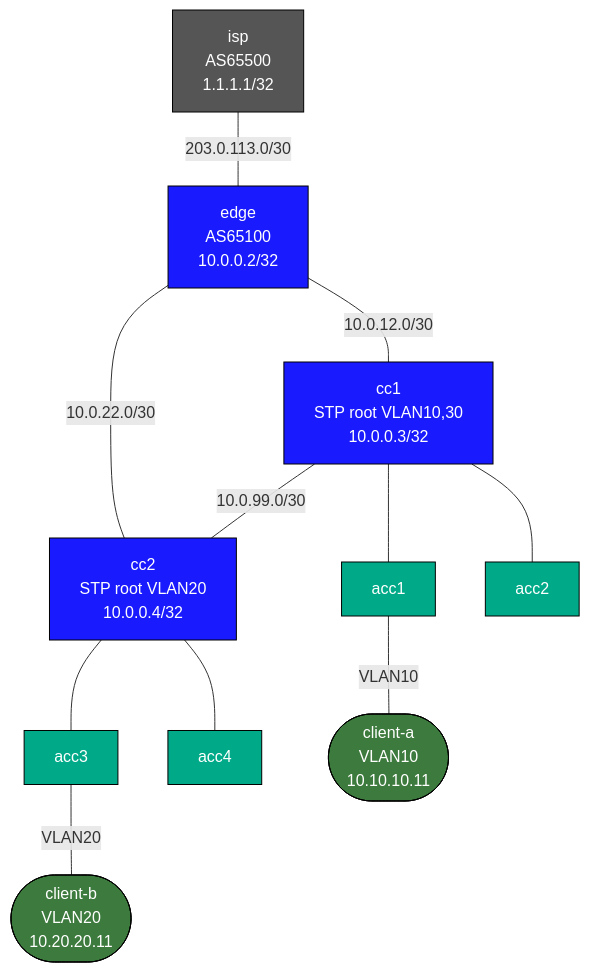
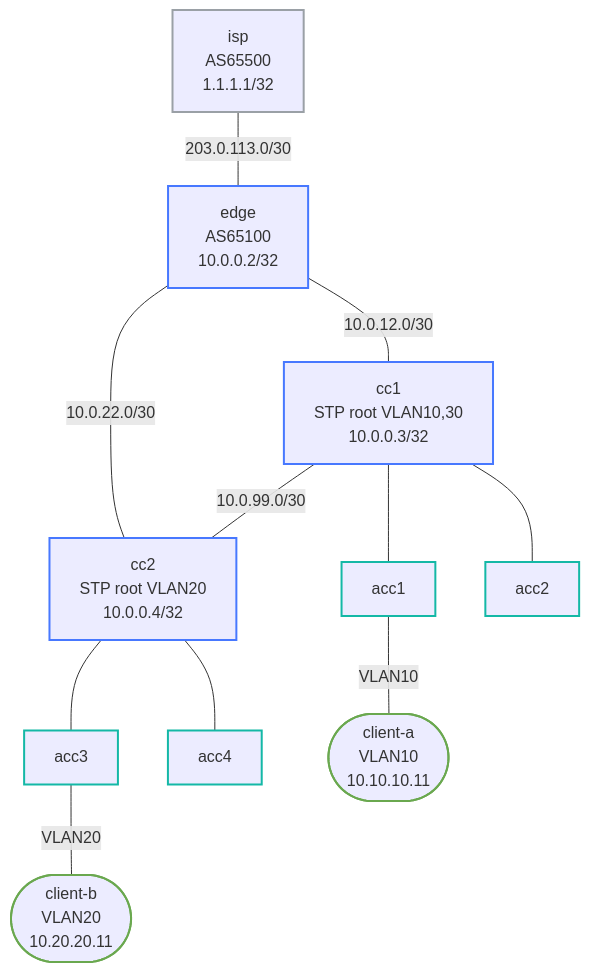
The diagram in labs/enterprise-collapsed-core-capstone/README.md (jschless/networkingLabs), drawn with Mermaid before and after one commit. The commit also changed 250 other files, not shown here.

Commit message:
Fix unreadable topology diagrams, convert ASCII art, publish assessments (#57)

````diff
--- a/labs/enterprise-collapsed-core-capstone/README.md
+++ b/labs/enterprise-collapsed-core-capstone/README.md
@@ -17,34 +17,34 @@
 ```mermaid
 flowchart TB
-    isp["isp\nAS65500\n1.1.1.1/32"]
-    edge["edge\nAS65100\n10.0.0.2/32"]
-    cc1["cc1\nSTP root VLAN10,30\n10.0.0.3/32"]
-    cc2["cc2\nSTP root VLAN20\n10.0.0.4/32"]
+    isp["isp<br/>AS65500<br/>1.1.1.1/32"]
+    edge["edge<br/>AS65100<br/>10.0.0.2/32"]
+    cc1["cc1<br/>STP root VLAN10,30<br/>10.0.0.3/32"]
+    cc2["cc2<br/>STP root VLAN20<br/>10.0.0.4/32"]
     acc1["acc1"]
     acc2["acc2"]
     acc3["acc3"]
     acc4["acc4"]
-    clienta(["client-a\nVLAN10\n10.10.10.11"])
-    clientb(["client-b\nVLAN20\n10.20.20.11"])
+    clienta(["client-a<br/>VLAN10<br/>10.10.10.11"])
+    clientb(["client-b<br/>VLAN20<br/>10.20.20.11"])
 
     isp -- "203.0.113.0/30" --- edge
     edge -- "10.0.12.0/30" --- cc1
     edge -- "10.0.22.0/30" --- cc2
     cc1 -- "10.0.99.0/30" --- cc2
     cc1 --- acc1
     cc1 --- acc2
     cc2 --- acc3
     cc2 --- acc4
     acc1 -- "VLAN10" --- clienta
     acc3 -- "VLAN20" --- clientb
 
-    classDef router fill:#1a1aff,color:#fff,stroke:#000
-    classDef access fill:#00aa88,color:#fff,stroke:#000
-    classDef host   fill:#3d7a3d,color:#fff,stroke:#000
-    classDef isp    fill:#555,color:#fff,stroke:#000
+    classDef router stroke:#4778ff,stroke-width:2px
+    classDef access stroke:#14b8a6,stroke-width:2px
+    classDef host stroke:#6aa84f,stroke-width:2px
+    classDef isp stroke:#9aa0a6,stroke-width:2px
 
     class isp isp
     class edge,cc1,cc2 router
     class acc1,acc2,acc3,acc4 access
     class clienta,clientb host
 ```
````
